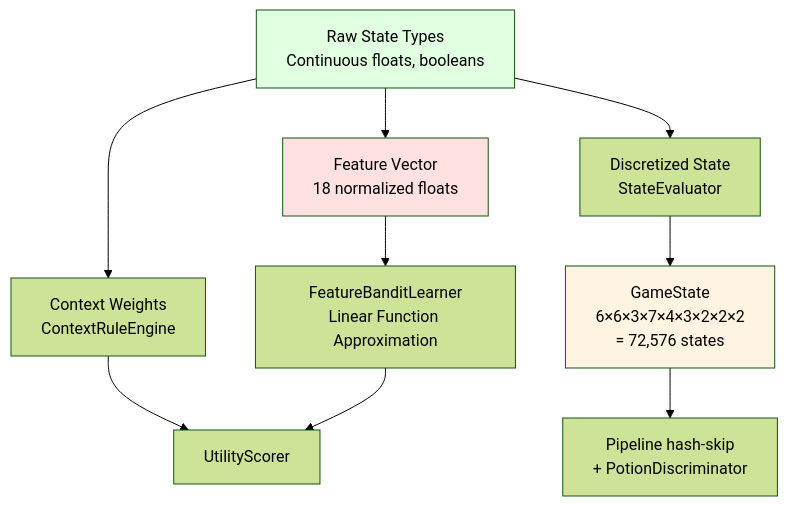
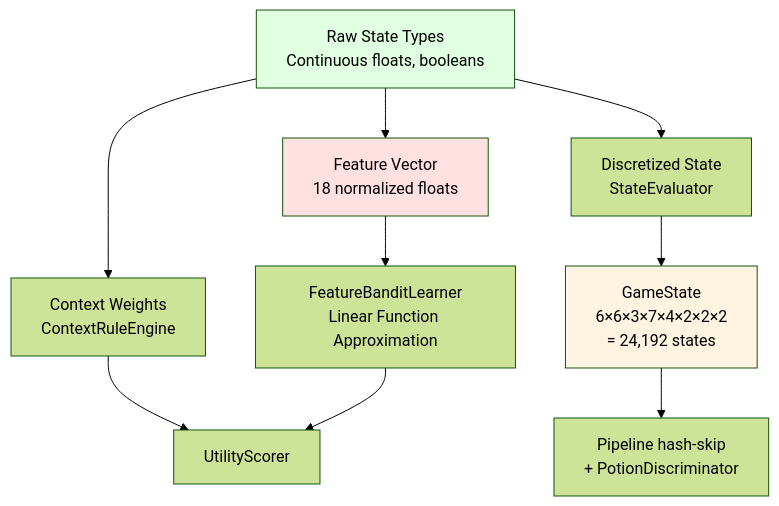
One commit to LandingCrew/huginn changed diagram 11 of 13 in docs/architecture/1-states.md. Above: the diagram before and after it, drawn with Mermaid (forest theme). The commit also changed other lines of this file and 7 other files, not shown here.

````diff
--- a/docs/architecture/1-states.md
+++ b/docs/architecture/1-states.md
@@ -982,18 +982,18 @@
 ```mermaid
 graph TB
     Raw[Raw State Types<br/>Continuous floats, booleans] --> CW[Context Weights<br/>ContextRuleEngine]
     Raw --> Disc[Discretized State<br/>StateEvaluator]
 
-    Disc --> GS["GameState<br/>6×6×3×7×4×3×2×2×2<br/>= 72,576 states"]
+    Disc --> GS["GameState<br/>6×6×3×7×4×2×2×2<br/>= 24,192 states"]
     GS --> Skip[Pipeline hash-skip<br/>+ PotionDiscriminator]
 
     Raw --> FV[Feature Vector<br/>18 normalized floats]
     FV --> BL[FeatureBanditLearner<br/>Linear Function Approximation]
 
     CW --> Scorer[UtilityScorer]
     BL --> Scorer
 
     style Raw fill:#e1ffe1
     style GS fill:#fff4e1
     style FV fill:#ffe1e1
 ```
````
